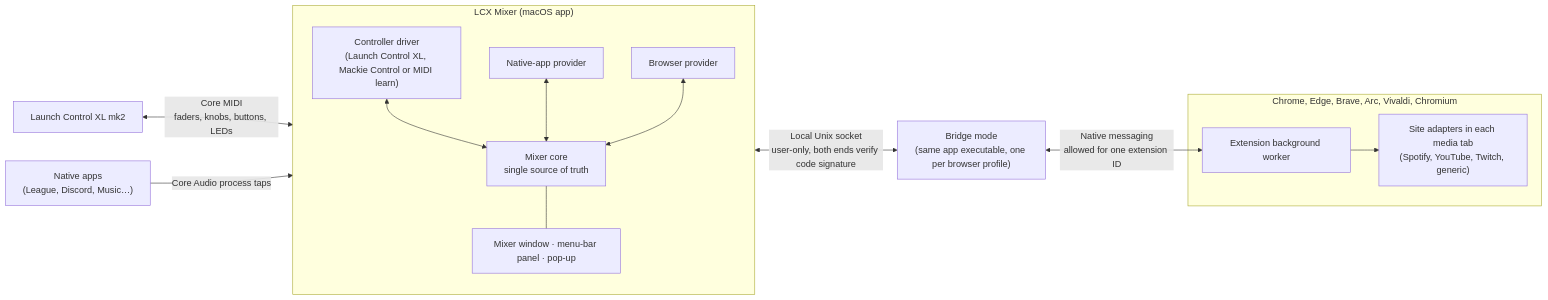
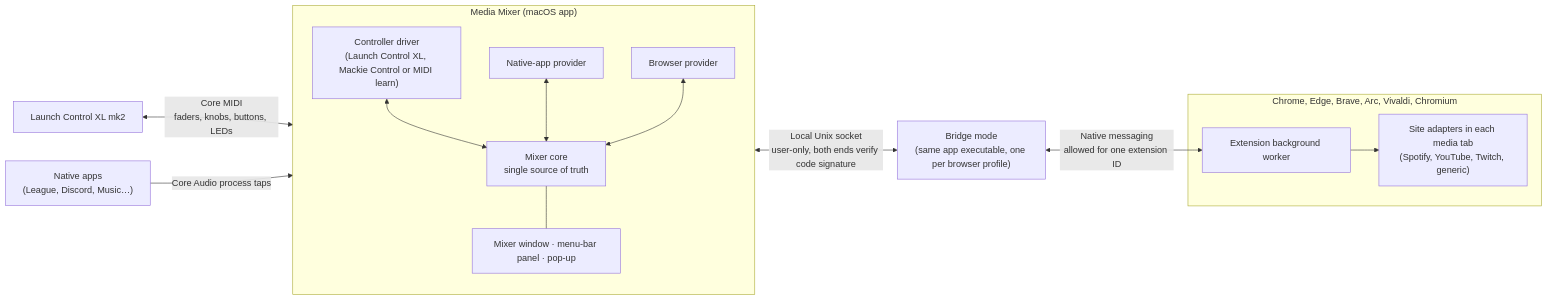
Before and after one commit to Blazenkoo/lcx-mixer: the diagram in docs/SPEC.md, drawn with Mermaid. The commit also changed other lines of this file and 24 other files, not shown here.

First line of the commit message:
2.4: renamed Media Mixer; Output and Input in Settings; a labelled Settings button; 2 s grace

````diff
--- a/docs/SPEC.md
+++ b/docs/SPEC.md
@@ -54,25 +56,25 @@
 ```mermaid
 flowchart LR
     LCXL["Launch Control XL mk2"] <-->|"Core MIDI<br/>faders, knobs, buttons, LEDs"| DRIVER
     NATIVE["Native apps<br/>(League, Discord, Music…)"] -->|"Core Audio process taps"| NATIVEP
 
-    subgraph APP["LCX Mixer (macOS app)"]
+    subgraph APP["Media Mixer (macOS app)"]
         direction TB
         DRIVER["Controller driver<br/>(Launch Control XL, Mackie Control or MIDI learn)"]
         NATIVEP["Native-app provider"]
         BROWSERP["Browser provider"]
         CORE["Mixer core<br/>single source of truth"]
         UI["Mixer window · menu-bar panel · pop-up"]
         DRIVER <--> CORE
         NATIVEP <--> CORE
         BROWSERP <--> CORE
         CORE --- UI
     end
 
     BROWSERP <-->|"Local Unix socket<br/>user-only, both ends verify code signature"| BRIDGE["Bridge mode<br/>(same app executable, one per browser profile)"]
     BRIDGE <-->|"Native messaging<br/>allowed for one extension ID"| EXT
 
     subgraph BROWSER["Chrome, Edge, Brave, Arc, Vivaldi, Chromium"]
         EXT["Extension background worker"] --> ADAPT["Site adapters in each media tab<br/>(Spotify, YouTube, Twitch, generic)"]
     end
 ```
````
